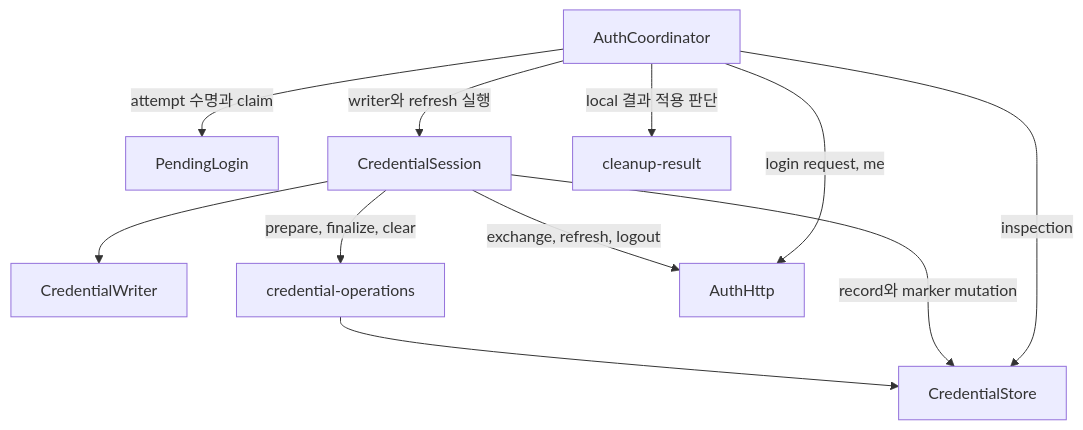
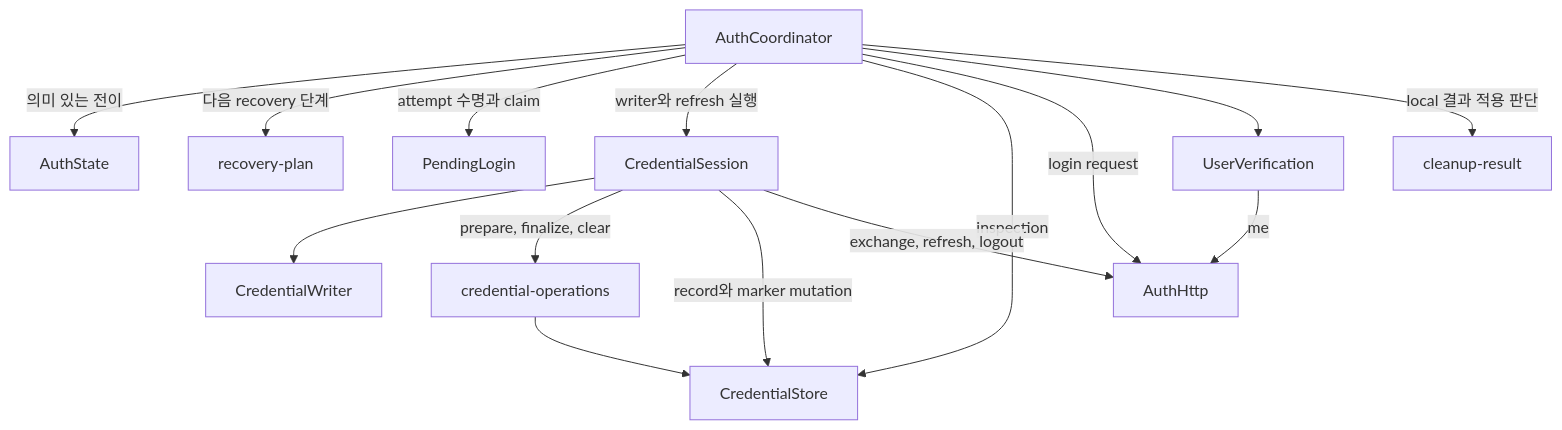
Before and after one commit to blahaj94/ldb: the diagram in docs/reference/desktop-auth-core.md, drawn with Mermaid. The commit also changed other lines of this file, not shown here.

Commit message:
docs: AuthState와 recovery verification 소유권 설명

````diff
--- a/docs/reference/desktop-auth-core.md
+++ b/docs/reference/desktop-auth-core.md
@@ -39,13 +42,17 @@
 ```mermaid
 flowchart TD
-    Coordinator[AuthCoordinator] -->|attempt 수명과 claim| Pending[PendingLogin]
+    Coordinator[AuthCoordinator] -->|의미 있는 전이| State[AuthState]
+    Coordinator -->|다음 recovery 단계| Plan[recovery-plan]
+    Coordinator -->|attempt 수명과 claim| Pending[PendingLogin]
     Coordinator -->|writer와 refresh 실행| Session[CredentialSession]
     Session --> Writer[CredentialWriter]
     Session -->|prepare, finalize, clear| Operations[credential-operations]
     Operations --> Store[CredentialStore]
     Session -->|record와 marker mutation| Store
     Coordinator -->|inspection| Store
     Session -->|exchange, refresh, logout| Http[AuthHttp]
-    Coordinator -->|login request, me| Http
+    Coordinator -->|login request| Http
+    Coordinator --> Verification[UserVerification]
+    Verification -->|me| Http
     Coordinator -->|local 결과 적용 판단| Cleanup[cleanup-result]
 ```
````
